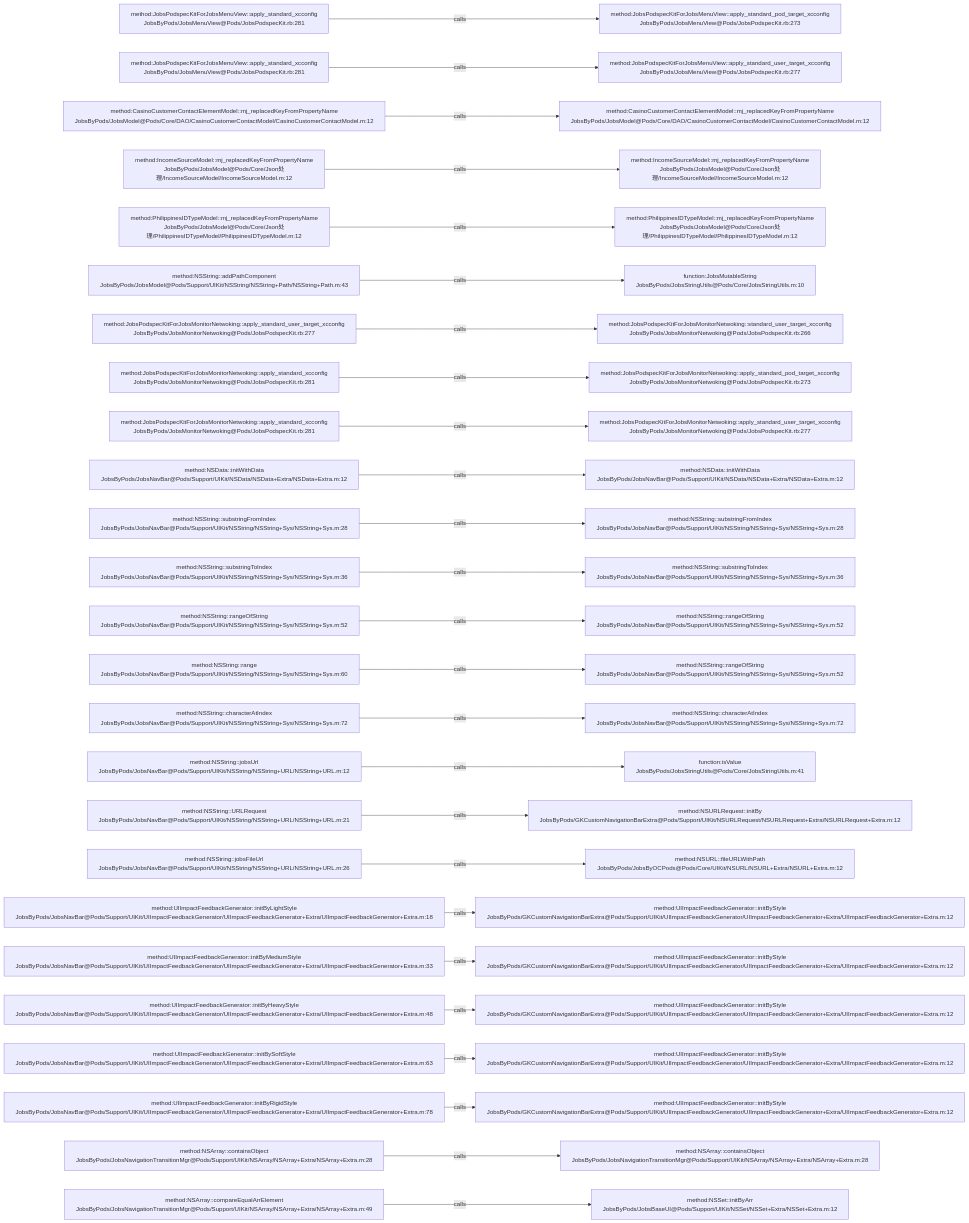
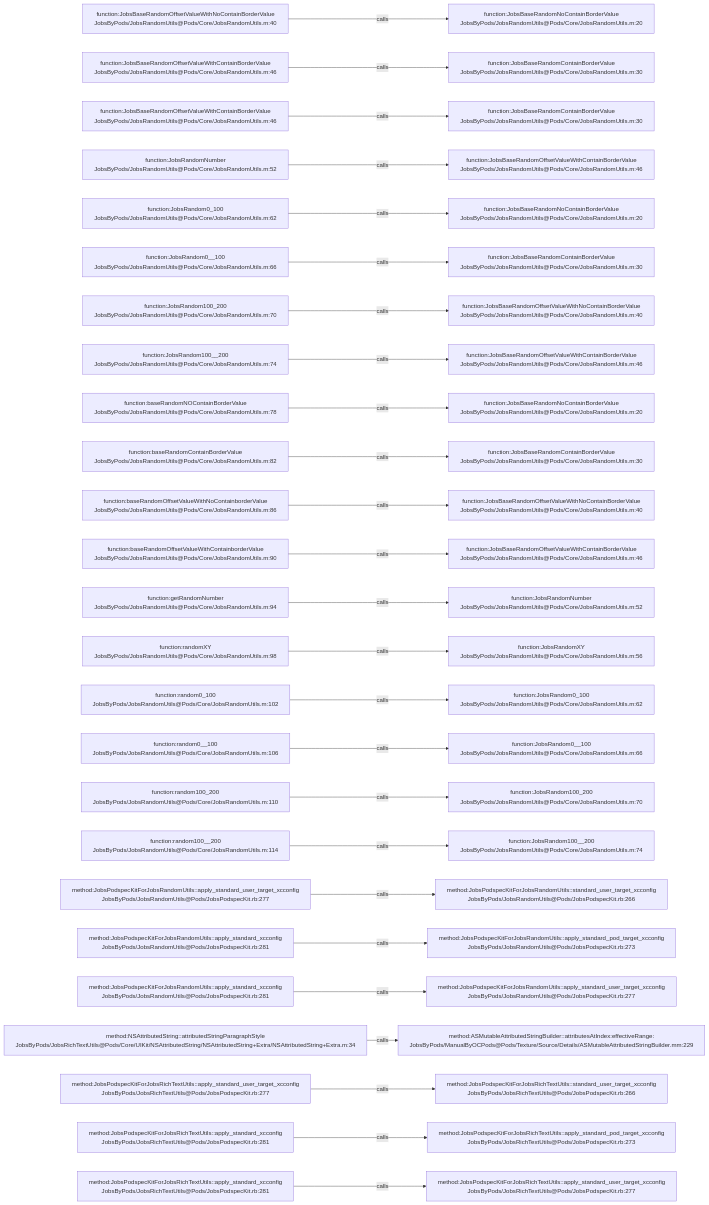
Before and after one commit to JobsKits/JobsOCBaseConfigDemo: the diagram in .codegraph/codegraph.md/graphs/calls-015.md, drawn with Mermaid. The commit also changed 1223 other files, not shown here.

````diff
--- a/.codegraph/codegraph.md/graphs/calls-015.md
+++ b/.codegraph/codegraph.md/graphs/calls-015.md
@@ -13,78 +13,78 @@
 ```mermaid
 flowchart LR
-  S1["method:JobsPodspecKitForJobsMenuView::apply_standard_xcconfig<br/>JobsByPods/JobsMenuView@Pods/JobsPodspecKit.rb:281"]
-  T1["method:JobsPodspecKitForJobsMenuView::apply_standard_pod_target_xcconfig<br/>JobsByPods/JobsMenuView@Pods/JobsPodspecKit.rb:273"]
+  S1["function:JobsBaseRandomOffsetValueWithNoContainBorderValue<br/>JobsByPods/JobsRandomUtils@Pods/Core/JobsRandomUtils.m:40"]
+  T1["function:JobsBaseRandomNoContainBorderValue<br/>JobsByPods/JobsRandomUtils@Pods/Core/JobsRandomUtils.m:20"]
   S1 -->|calls| T1
-  S2["method:JobsPodspecKitForJobsMenuView::apply_standard_xcconfig<br/>JobsByPods/JobsMenuView@Pods/JobsPodspecKit.rb:281"]
-  T2["method:JobsPodspecKitForJobsMenuView::apply_standard_user_target_xcconfig<br/>JobsByPods/JobsMenuView@Pods/JobsPodspecKit.rb:277"]
+  S2["function:JobsBaseRandomOffsetValueWithContainBorderValue<br/>JobsByPods/JobsRandomUtils@Pods/Core/JobsRandomUtils.m:46"]
+  T2["function:JobsBaseRandomContainBorderValue<br/>JobsByPods/JobsRandomUtils@Pods/Core/JobsRandomUtils.m:30"]
   S2 -->|calls| T2
-  S3["method:CasinoCustomerContactElementModel::mj_replacedKeyFromPropertyName<br/>JobsByPods/JobsModel@Pods/Core/DAO/CasinoCustomerContactModel/CasinoCustomerContactModel.m:12"]
-  T3["method:CasinoCustomerContactElementModel::mj_replacedKeyFromPropertyName<br/>JobsByPods/JobsModel@Pods/Core/DAO/CasinoCustomerContactModel/CasinoCustomerContactModel.m:12"]
+  S3["function:JobsBaseRandomOffsetValueWithContainBorderValue<br/>JobsByPods/JobsRandomUtils@Pods/Core/JobsRandomUtils.m:46"]
+  T3["function:JobsBaseRandomContainBorderValue<br/>JobsByPods/JobsRandomUtils@Pods/Core/JobsRandomUtils.m:30"]
   S3 -->|calls| T3
-  S4["method:IncomeSourceModel::mj_replacedKeyFromPropertyName<br/>JobsByPods/JobsModel@Pods/Core/Json处理/IncomeSourceModel/IncomeSourceModel.m:12"]
-  T4["method:IncomeSourceModel::mj_replacedKeyFromPropertyName<br/>JobsByPods/JobsModel@Pods/Core/Json处理/IncomeSourceModel/IncomeSourceModel.m:12"]
+  S4["function:JobsRandomNumber<br/>JobsByPods/JobsRandomUtils@Pods/Core/JobsRandomUtils.m:52"]
+  T4["function:JobsBaseRandomOffsetValueWithContainBorderValue<br/>JobsByPods/JobsRandomUtils@Pods/Core/JobsRandomUtils.m:46"]
   S4 -->|calls| T4
-  S5["method:PhilippinesIDTypeModel::mj_replacedKeyFromPropertyName<br/>JobsByPods/JobsModel@Pods/Core/Json处理/PhilippinesIDTypeModel/PhilippinesIDTypeModel.m:12"]
-  T5["method:PhilippinesIDTypeModel::mj_replacedKeyFromPropertyName<br/>JobsByPods/JobsModel@Pods/Core/Json处理/PhilippinesIDTypeModel/PhilippinesIDTypeModel.m:12"]
+  S5["function:JobsRandom0_100<br/>JobsByPods/JobsRandomUtils@Pods/Core/JobsRandomUtils.m:62"]
+  T5["function:JobsBaseRandomNoContainBorderValue<br/>JobsByPods/JobsRandomUtils@Pods/Core/JobsRandomUtils.m:20"]
   S5 -->|calls| T5
-  S6["method:NSString::addPathComponent<br/>JobsByPods/JobsModel@Pods/Support/UIKit/NSString/NSString+Path/NSString+Path.m:43"]
-  T6["function:JobsMutableString<br/>JobsByPods/JobsStringUtils@Pods/Core/JobsStringUtils.m:10"]
+  S6["function:JobsRandom0__100<br/>JobsByPods/JobsRandomUtils@Pods/Core/JobsRandomUtils.m:66"]
+  T6["function:JobsBaseRandomContainBorderValue<br/>JobsByPods/JobsRandomUtils@Pods/Core/JobsRandomUtils.m:30"]
   S6 -->|calls| T6
-  S7["method:JobsPodspecKitForJobsMonitorNetwoking::apply_standard_user_target_xcconfig<br/>JobsByPods/JobsMonitorNetwoking@Pods/JobsPodspecKit.rb:277"]
-  T7["method:JobsPodspecKitForJobsMonitorNetwoking::standard_user_target_xcconfig<br/>JobsByPods/JobsMonitorNetwoking@Pods/JobsPodspecKit.rb:266"]
+  S7["function:JobsRandom100_200<br/>JobsByPods/JobsRandomUtils@Pods/Core/JobsRandomUtils.m:70"]
+  T7["function:JobsBaseRandomOffsetValueWithNoContainBorderValue<br/>JobsByPods/JobsRandomUtils@Pods/Core/JobsRandomUtils.m:40"]
   S7 -->|calls| T7
-  S8["method:JobsPodspecKitForJobsMonitorNetwoking::apply_standard_xcconfig<br/>JobsByPods/JobsMonitorNetwoking@Pods/JobsPodspecKit.rb:281"]
-  T8["method:JobsPodspecKitForJobsMonitorNetwoking::apply_standard_pod_target_xcconfig<br/>JobsByPods/JobsMonitorNetwoking@Pods/JobsPodspecKit.rb:273"]
+  S8["function:JobsRandom100__200<br/>JobsByPods/JobsRandomUtils@Pods/Core/JobsRandomUtils.m:74"]
+  T8["function:JobsBaseRandomOffsetValueWithContainBorderValue<br/>JobsByPods/JobsRandomUtils@Pods/Core/JobsRandomUtils.m:46"]
   S8 -->|calls| T8
-  S9["method:JobsPodspecKitForJobsMonitorNetwoking::apply_standard_xcconfig<br/>JobsByPods/JobsMonitorNetwoking@Pods/JobsPodspecKit.rb:281"]
-  T9["method:JobsPodspecKitForJobsMonitorNetwoking::apply_standard_user_target_xcconfig<br/>JobsByPods/JobsMonitorNetwoking@Pods/JobsPodspecKit.rb:277"]
+  S9["function:baseRandomNOContainBorderValue<br/>JobsByPods/JobsRandomUtils@Pods/Core/JobsRandomUtils.m:78"]
+  T9["function:JobsBaseRandomNoContainBorderValue<br/>JobsByPods/JobsRandomUtils@Pods/Core/JobsRandomUtils.m:20"]
   S9 -->|calls| T9
-  S10["method:NSData::initWithData<br/>JobsByPods/JobsNavBar@Pods/Support/UIKit/NSData/NSData+Extra/NSData+Extra.m:12"]
-  T10["method:NSData::initWithData<br/>JobsByPods/JobsNavBar@Pods/Support/UIKit/NSData/NSData+Extra/NSData+Extra.m:12"]
+  S10["function:baseRandomContainBorderValue<br/>JobsByPods/JobsRandomUtils@Pods/Core/JobsRandomUtils.m:82"]
+  T10["function:JobsBaseRandomContainBorderValue<br/>JobsByPods/JobsRandomUtils@Pods/Core/JobsRandomUtils.m:30"]
   S10 -->|calls| T10
-  S11["method:NSString::substringFromIndex<br/>JobsByPods/JobsNavBar@Pods/Support/UIKit/NSString/NSString+Sys/NSString+Sys.m:28"]
-  T11["method:NSString::substringFromIndex<br/>JobsByPods/JobsNavBar@Pods/Support/UIKit/NSString/NSString+Sys/NSString+Sys.m:28"]
+  S11["function:baseRandomOffsetValueWithNoContainborderValue<br/>JobsByPods/JobsRandomUtils@Pods/Core/JobsRandomUtils.m:86"]
+  T11["function:JobsBaseRandomOffsetValueWithNoContainBorderValue<br/>JobsByPods/JobsRandomUtils@Pods/Core/JobsRandomUtils.m:40"]
   S11 -->|calls| T11
-  S12["method:NSString::substringToIndex<br/>JobsByPods/JobsNavBar@Pods/Support/UIKit/NSString/NSString+Sys/NSString+Sys.m:36"]
-  T12["method:NSString::substringToIndex<br/>JobsByPods/JobsNavBar@Pods/Support/UIKit/NSString/NSString+Sys/NSString+Sys.m:36"]
+  S12["function:baseRandomOffsetValueWithContainborderValue<br/>JobsByPods/JobsRandomUtils@Pods/Core/JobsRandomUtils.m:90"]
+  T12["function:JobsBaseRandomOffsetValueWithContainBorderValue<br/>JobsByPods/JobsRandomUtils@Pods/Core/JobsRandomUtils.m:46"]
   S12 -->|calls| T12
-  S13["method:NSString::rangeOfString<br/>JobsByPods/JobsNavBar@Pods/Support/UIKit/NSString/NSString+Sys/NSString+Sys.m:52"]
-  T13["method:NSString::rangeOfString<br/>JobsByPods/JobsNavBar@Pods/Support/UIKit/NSString/NSString+Sys/NSString+Sys.m:52"]
+  S13["function:getRandomNumber<br/>JobsByPods/JobsRandomUtils@Pods/Core/JobsRandomUtils.m:94"]
+  T13["function:JobsRandomNumber<br/>JobsByPods/JobsRandomUtils@Pods/Core/JobsRandomUtils.m:52"]
   S13 -->|calls| T13
-  S14["method:NSString::range<br/>JobsByPods/JobsNavBar@Pods/Support/UIKit/NSString/NSString+Sys/NSString+Sys.m:60"]
-  T14["method:NSString::rangeOfString<br/>JobsByPods/JobsNavBar@Pods/Support/UIKit/NSString/NSString+Sys/NSString+Sys.m:52"]
+  S14["function:randomXY<br/>JobsByPods/JobsRandomUtils@Pods/Core/JobsRandomUtils.m:98"]
+  T14["function:JobsRandomXY<br/>JobsByPods/JobsRandomUtils@Pods/Core/JobsRandomUtils.m:56"]
   S14 -->|calls| T14
-  S15["method:NSString::characterAtIndex<br/>JobsByPods/JobsNavBar@Pods/Support/UIKit/NSString/NSString+Sys/NSString+Sys.m:72"]
-  T15["method:NSString::characterAtIndex<br/>JobsByPods/JobsNavBar@Pods/Support/UIKit/NSString/NSString+Sys/NSString+Sys.m:72"]
+  S15["function:random0_100<br/>JobsByPods/JobsRandomUtils@Pods/Core/JobsRandomUtils.m:102"]
+  T15["function:JobsRandom0_100<br/>JobsByPods/JobsRandomUtils@Pods/Core/JobsRandomUtils.m:62"]
   S15 -->|calls| T15
-  S16["method:NSString::jobsUrl<br/>JobsByPods/JobsNavBar@Pods/Support/UIKit/NSString/NSString+URL/NSString+URL.m:12"]
-  T16["function:isValue<br/>JobsByPods/JobsStringUtils@Pods/Core/JobsStringUtils.m:41"]
+  S16["function:random0__100<br/>JobsByPods/JobsRandomUtils@Pods/Core/JobsRandomUtils.m:106"]
+  T16["function:JobsRandom0__100<br/>JobsByPods/JobsRandomUtils@Pods/Core/JobsRandomUtils.m:66"]
   S16 -->|calls| T16
-  S17["method:NSString::URLRequest<br/>JobsByPods/JobsNavBar@Pods/Support/UIKit/NSString/NSString+URL/NSString+URL.m:21"]
-  T17["method:NSURLRequest::initBy<br/>JobsByPods/GKCustomNavigationBarExtra@Pods/Support/UIKit/NSURLRequest/NSURLRequest+Extra/NSURLRequest+Extra.m:12"]
+  S17["function:random100_200<br/>JobsByPods/JobsRandomUtils@Pods/Core/JobsRandomUtils.m:110"]
+  T17["function:JobsRandom100_200<br/>JobsByPods/JobsRandomUtils@Pods/Core/JobsRandomUtils.m:70"]
   S17 -->|calls| T17
-  S18["method:NSString::jobsFileUrl<br/>JobsByPods/JobsNavBar@Pods/Support/UIKit/NSString/NSString+URL/NSString+URL.m:26"]
-  T18["method:NSURL::fileURLWithPath<br/>JobsByPods/JobsByOCPods@Pods/Core/UIKit/NSURL/NSURL+Extra/NSURL+Extra.m:12"]
+  S18["function:random100__200<br/>JobsByPods/JobsRandomUtils@Pods/Core/JobsRandomUtils.m:114"]
+  T18["function:JobsRandom100__200<br/>JobsByPods/JobsRandomUtils@Pods/Core/JobsRandomUtils.m:74"]
   S18 -->|calls| T18
-  S19["method:UIImpactFeedbackGenerator::initByLightStyle<br/>JobsByPods/JobsNavBar@Pods/Support/UIKit/UIImpactFeedbackGenerator/UIImpactFeedbackGenerator+Extra/UIImpactFeedbackGenerator+Extra.m:18"]
-  T19["method:UIImpactFeedbackGenerator::initByStyle<br/>JobsByPods/GKCustomNavigationBarExtra@Pods/Support/UIKit/UIImpactFeedbackGenerator/UIImpactFeedbackGenerator+Extra/UIImpactFeedbackGenerator+Extra.m:12"]
+  S19["method:JobsPodspecKitForJobsRandomUtils::apply_standard_user_target_xcconfig<br/>JobsByPods/JobsRandomUtils@Pods/JobsPodspecKit.rb:277"]
+  T19["method:JobsPodspecKitForJobsRandomUtils::standard_user_target_xcconfig<br/>JobsByPods/JobsRandomUtils@Pods/JobsPodspecKit.rb:266"]
   S19 -->|calls| T19
-  S20["method:UIImpactFeedbackGenerator::initByMediumStyle<br/>JobsByPods/JobsNavBar@Pods/Support/UIKit/UIImpactFeedbackGenerator/UIImpactFeedbackGenerator+Extra/UIImpactFeedbackGenerator+Extra.m:33"]
-  T20["method:UIImpactFeedbackGenerator::initByStyle<br/>JobsByPods/GKCustomNavigationBarExtra@Pods/Support/UIKit/UIImpactFeedbackGenerator/UIImpactFeedbackGenerator+Extra/UIImpactFeedbackGenerator+Extra.m:12"]
+  S20["method:JobsPodspecKitForJobsRandomUtils::apply_standard_xcconfig<br/>JobsByPods/JobsRandomUtils@Pods/JobsPodspecKit.rb:281"]
+  T20["method:JobsPodspecKitForJobsRandomUtils::apply_standard_pod_target_xcconfig<br/>JobsByPods/JobsRandomUtils@Pods/JobsPodspecKit.rb:273"]
   S20 -->|calls| T20
-  S21["method:UIImpactFeedbackGenerator::initByHeavyStyle<br/>JobsByPods/JobsNavBar@Pods/Support/UIKit/UIImpactFeedbackGenerator/UIImpactFeedbackGenerator+Extra/UIImpactFeedbackGenerator+Extra.m:48"]
-  T21["method:UIImpactFeedbackGenerator::initByStyle<br/>JobsByPods/GKCustomNavigationBarExtra@Pods/Support/UIKit/UIImpactFeedbackGenerator/UIImpactFeedbackGenerator+Extra/UIImpactFeedbackGenerator+Extra.m:12"]
+  S21["method:JobsPodspecKitForJobsRandomUtils::apply_standard_xcconfig<br/>JobsByPods/JobsRandomUtils@Pods/JobsPodspecKit.rb:281"]
+  T21["method:JobsPodspecKitForJobsRandomUtils::apply_standard_user_target_xcconfig<br/>JobsByPods/JobsRandomUtils@Pods/JobsPodspecKit.rb:277"]
   S21 -->|calls| T21
-  S22["method:UIImpactFeedbackGenerator::initBySoftStyle<br/>JobsByPods/JobsNavBar@Pods/Support/UIKit/UIImpactFeedbackGenerator/UIImpactFeedbackGenerator+Extra/UIImpactFeedbackGenerator+Extra.m:63"]
-  T22["method:UIImpactFeedbackGenerator::initByStyle<br/>JobsByPods/GKCustomNavigationBarExtra@Pods/Support/UIKit/UIImpactFeedbackGenerator/UIImpactFeedbackGenerator+Extra/UIImpactFeedbackGenerator+Extra.m:12"]
+  S22["method:NSAttributedString::attributedStringParagraphStyle<br/>JobsByPods/JobsRichTextUtils@Pods/Core/UIKit/NSAttributedString/NSAttributedString+Extra/NSAttributedString+Extra.m:34"]
+  T22["method:ASMutableAttributedStringBuilder::attributesAtIndex:effectiveRange:<br/>JobsByPods/ManualByOCPods@Pods/Texture/Source/Details/ASMutableAttributedStringBuilder.mm:229"]
   S22 -->|calls| T22
-  S23["method:UIImpactFeedbackGenerator::initByRigidStyle<br/>JobsByPods/JobsNavBar@Pods/Support/UIKit/UIImpactFeedbackGenerator/UIImpactFeedbackGenerator+Extra/UIImpactFeedbackGenerator+Extra.m:78"]
-  T23["method:UIImpactFeedbackGenerator::initByStyle<br/>JobsByPods/GKCustomNavigationBarExtra@Pods/Support/UIKit/UIImpactFeedbackGenerator/UIImpactFeedbackGenerator+Extra/UIImpactFeedbackGenerator+Extra.m:12"]
+  S23["method:JobsPodspecKitForJobsRichTextUtils::apply_standard_user_target_xcconfig<br/>JobsByPods/JobsRichTextUtils@Pods/JobsPodspecKit.rb:277"]
+  T23["method:JobsPodspecKitForJobsRichTextUtils::standard_user_target_xcconfig<br/>JobsByPods/JobsRichTextUtils@Pods/JobsPodspecKit.rb:266"]
   S23 -->|calls| T23
-  S24["method:NSArray::containsObject<br/>JobsByPods/JobsNavigationTransitionMgr@Pods/Support/UIKit/NSArray/NSArray+Extra/NSArray+Extra.m:28"]
-  T24["method:NSArray::containsObject<br/>JobsByPods/JobsNavigationTransitionMgr@Pods/Support/UIKit/NSArray/NSArray+Extra/NSArray+Extra.m:28"]
+  S24["method:JobsPodspecKitForJobsRichTextUtils::apply_standard_xcconfig<br/>JobsByPods/JobsRichTextUtils@Pods/JobsPodspecKit.rb:281"]
+  T24["method:JobsPodspecKitForJobsRichTextUtils::apply_standard_pod_target_xcconfig<br/>JobsByPods/JobsRichTextUtils@Pods/JobsPodspecKit.rb:273"]
   S24 -->|calls| T24
-  S25["method:NSArray::compareEqualArrElement<br/>JobsByPods/JobsNavigationTransitionMgr@Pods/Support/UIKit/NSArray/NSArray+Extra/NSArray+Extra.m:49"]
-  T25["method:NSSet::initByArr<br/>JobsByPods/JobsBaseUI@Pods/Support/UIKit/NSSet/NSSet+Extra/NSSet+Extra.m:12"]
+  S25["method:JobsPodspecKitForJobsRichTextUtils::apply_standard_xcconfig<br/>JobsByPods/JobsRichTextUtils@Pods/JobsPodspecKit.rb:281"]
+  T25["method:JobsPodspecKitForJobsRichTextUtils::apply_standard_user_target_xcconfig<br/>JobsByPods/JobsRichTextUtils@Pods/JobsPodspecKit.rb:277"]
   S25 -->|calls| T25
 ```
````
